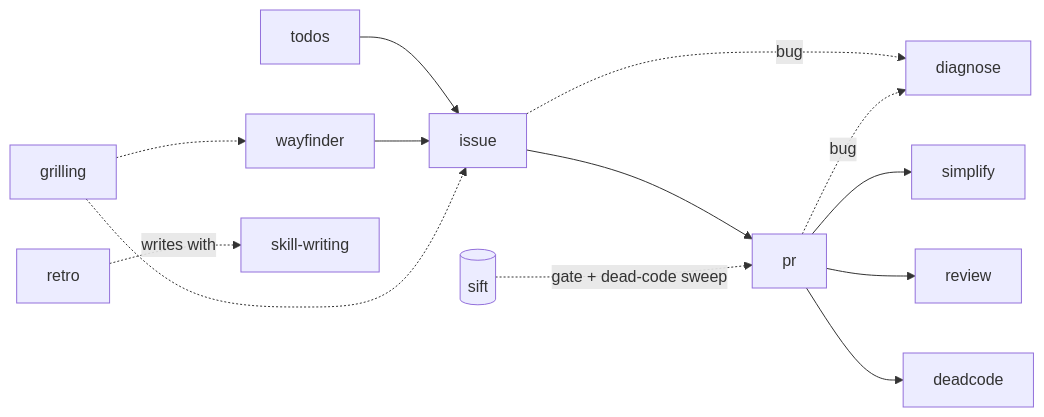
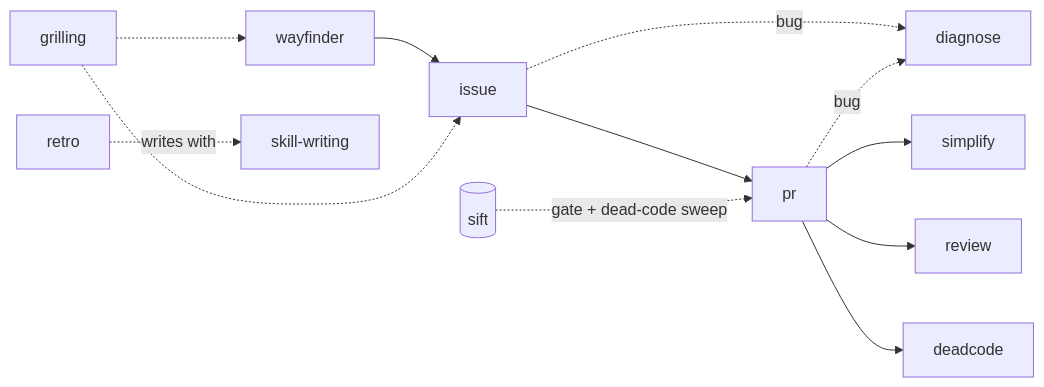
Before and after one commit to cjber/skills: the diagram in README.md, drawn with Mermaid. The commit also changed other lines of this file and 11 other files, not shown here.

````diff
--- a/README.md
+++ b/README.md
@@ -24,10 +23,10 @@
 ```mermaid
 flowchart LR
-    T[todos] --> I[issue] --> P[pr]
+    I[issue] --> P[pr]
     W[wayfinder] --> I
     G[grilling] -.-> W & I
     I & P -. bug .-> DG[diagnose]
     P --> S[simplify] & R[review] & D[deadcode]
     RT[retro] -. writes with .-> SW[skill-writing]
     X[(sift)] -. gate + dead-code sweep .-> P
 ```
````
